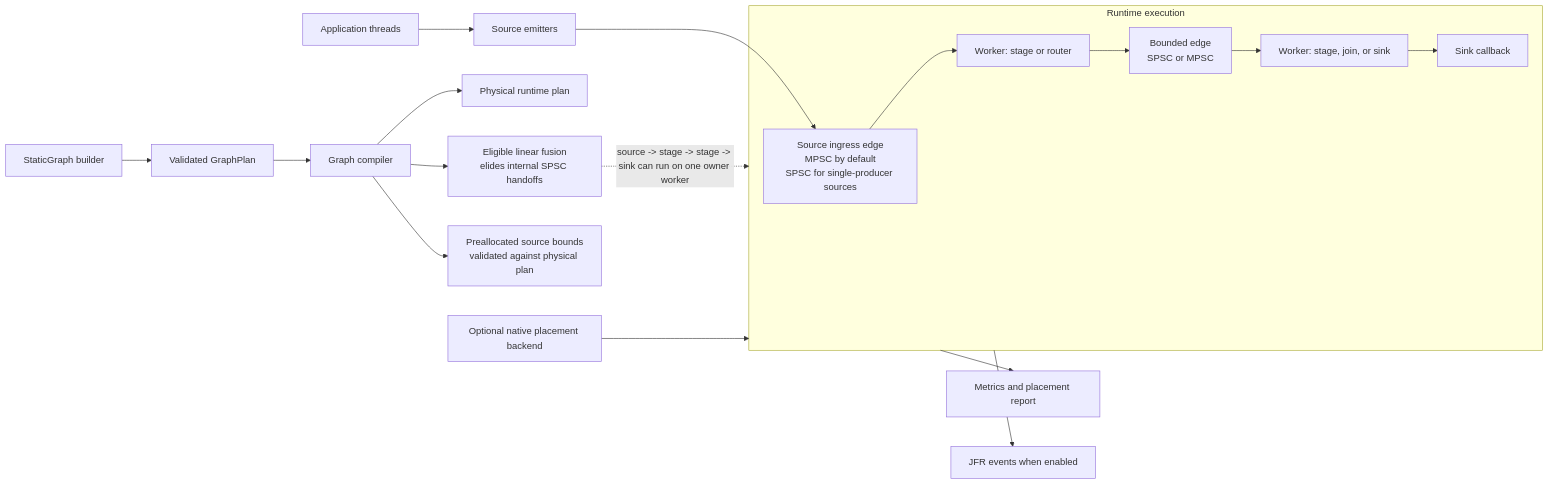
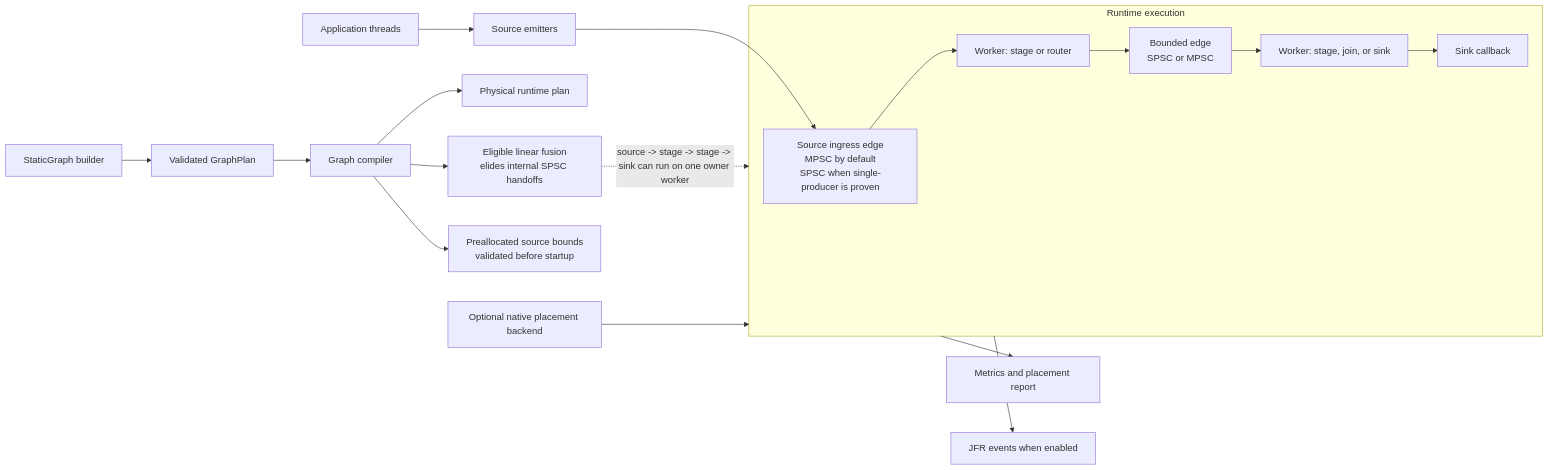
Before and after one commit to ElevatedDev/Lattice: the diagram in README.md, drawn with Mermaid. The commit also changed other lines of this file and 4 other files, not shown here.

````diff
--- a/README.md
+++ b/README.md
@@ -57,23 +119,23 @@
 ```mermaid
 flowchart LR
     App[Application threads] --> Emitter[Source emitters]
-    Emitter --> Ingress[Source ingress edge<br/>MPSC by default<br/>SPSC for single-producer sources]
+    Emitter --> Ingress[Source ingress edge<br/>MPSC by default<br/>SPSC when single-producer is proven]
 
     Builder[StaticGraph builder] --> Plan[Validated GraphPlan]
     Plan --> Compiler[Graph compiler]
-    Compiler --> Physical[Physical runtime plan]
+    Compiler --> RuntimePlan[Physical runtime plan]
     Compiler --> Fusion[Eligible linear fusion<br/>elides internal SPSC handoffs]
-    Compiler --> Prealloc[Preallocated source bounds<br/>validated against physical plan]
+    Compiler --> Prealloc[Preallocated source bounds<br/>validated before startup]
 
     subgraph Runtime[Runtime execution]
         Ingress --> W1[Worker: stage or router]
         W1 --> Edge1[Bounded edge<br/>SPSC or MPSC]
         Edge1 --> W2[Worker: stage, join, or sink]
         W2 --> Sink[Sink callback]
     end
 
     Fusion -. "source -> stage -> stage -> sink can run on one owner worker" .-> Runtime
     Runtime --> Metrics[Metrics and placement report]
     Runtime --> JFR[JFR events when enabled]
     Native[Optional native placement backend] --> Runtime
 ```
````
